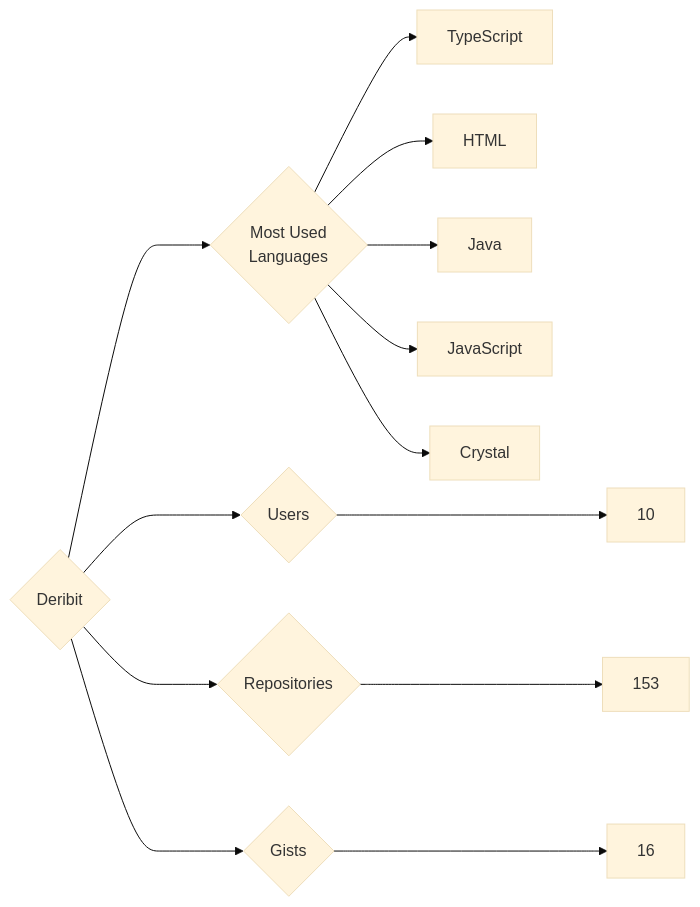
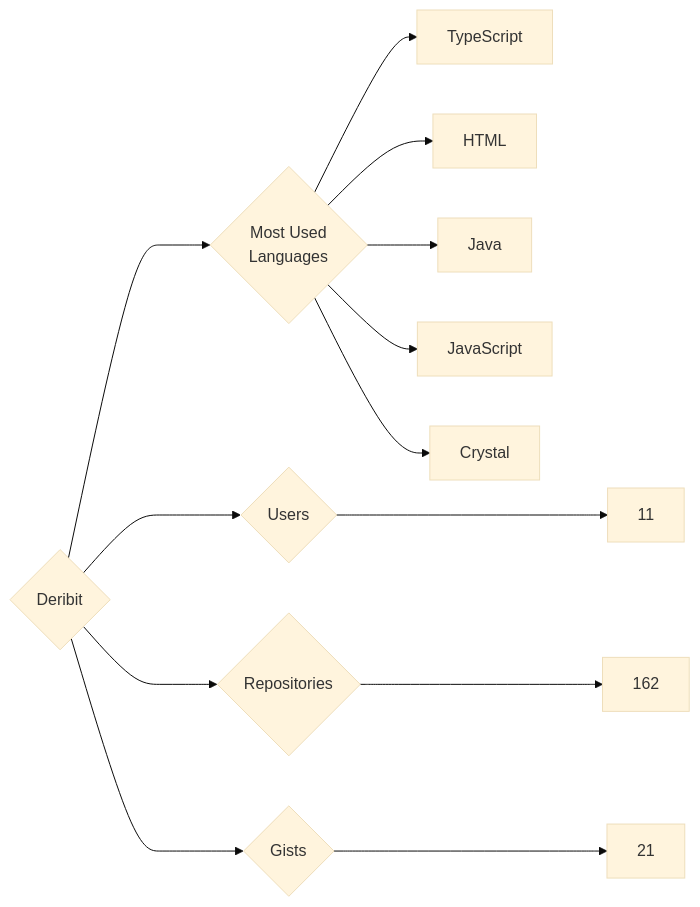
One commit to trickest/insiders changed the diagram in targets/Deribit/README.md. Above: the diagram before and after it, drawn with Mermaid (base theme). The commit also changed 1149 other files, not shown here.

````diff
--- a/targets/Deribit/README.md
+++ b/targets/Deribit/README.md
@@ -3,13 +3,13 @@
 ```mermaid
 graph LR
 COMPANY_NAME{Deribit}
-COMPANY_NAME ---> U{Users} ---> UN[10]
-COMPANY_NAME ---> R{Repositories} ---> RN[153]
-COMPANY_NAME ---> G{Gists} ---> GN[16]
+COMPANY_NAME ---> U{Users} ---> UN[11]
+COMPANY_NAME ---> R{Repositories} ---> RN[162]
+COMPANY_NAME ---> G{Gists} ---> GN[21]
 COMPANY_NAME ---> ML{Most Used<br>Languages}
 ML --> TypeScript[TypeScript]
 ML --> HTML[HTML]
 ML --> Java[Java]
 ML --> JavaScript[JavaScript]
 ML --> Crystal[Crystal]
 ```
````
